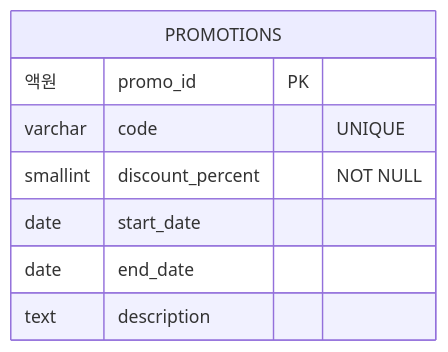
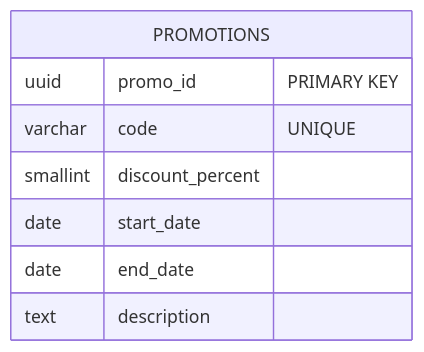
The ninth of 11 diagrams in sources/storage/business-analysis/membership-hub/requirements.md (hainguyen81/ai-scraper), drawn with Mermaid before and after one commit. The commit also changed other lines of this file and 3 other files, not shown here.

````diff
--- a/sources/storage/business-analysis/membership-hub/requirements.md
+++ b/sources/storage/business-analysis/membership-hub/requirements.md
@@ -583,11 +387,11 @@
 ```mermaid
 erDiagram
     PROMOTIONS {
- 액원 promo_id PK
+        uuid promo_id "PRIMARY KEY"
         varchar code "UNIQUE"
-        smallint discount_percent "NOT NULL"
+        smallint discount_percent
         date start_date
         date end_date
         text description
     }
 ```
````
